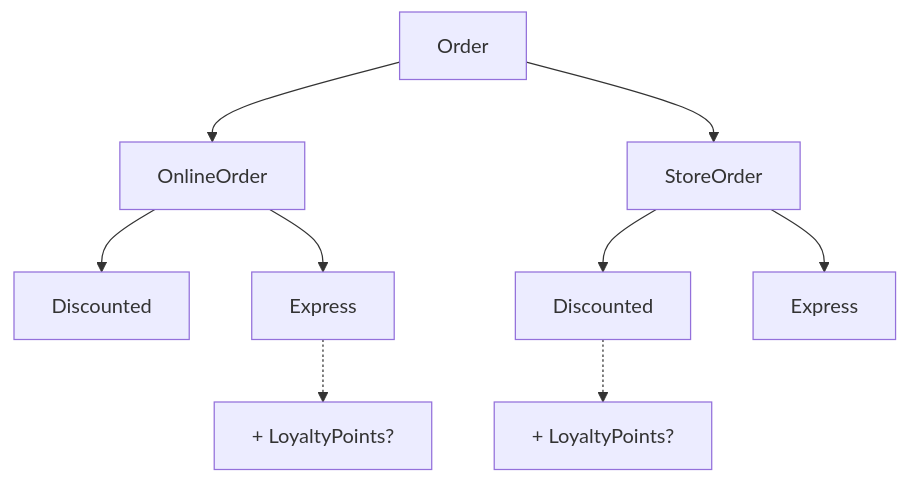
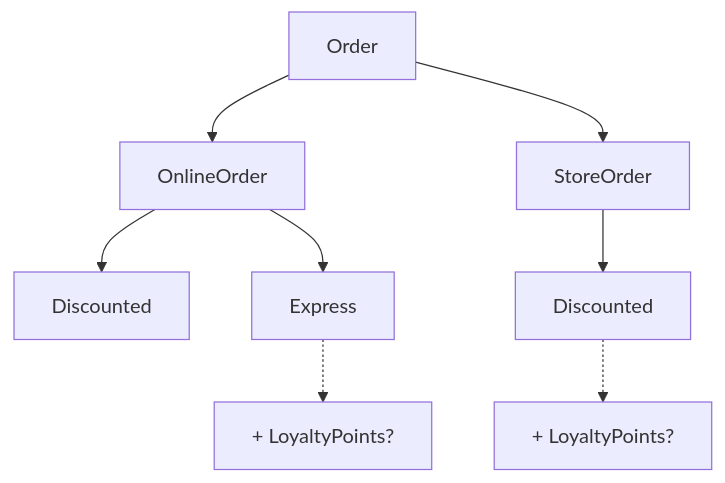
One commit to JohannesKlauss/functional-domain-modeling changed the fourth of 5 diagrams in slides.md. Above: the diagram before and after it, drawn with Mermaid. The commit also changed other lines of this file, not shown here.

````diff
--- a/slides.md
+++ b/slides.md
@@ -95,10 +95,9 @@
 ```mermaid
 flowchart TB
   Order --> OnlineOrder & StoreOrder
   OnlineOrder --> OnlineDiscount[Discounted] & OnlineExpress[Express]
-  StoreOrder --> StoreDiscount[Discounted] & StoreExpress[Express]
+  StoreOrder --> StoreDiscount[Discounted]
   OnlineDiscount
   OnlineExpress -.-> Loyalty1[+ LoyaltyPoints?]
   StoreDiscount -.-> Loyalty3[+ LoyaltyPoints?]
-  StoreExpress
 ```
````
